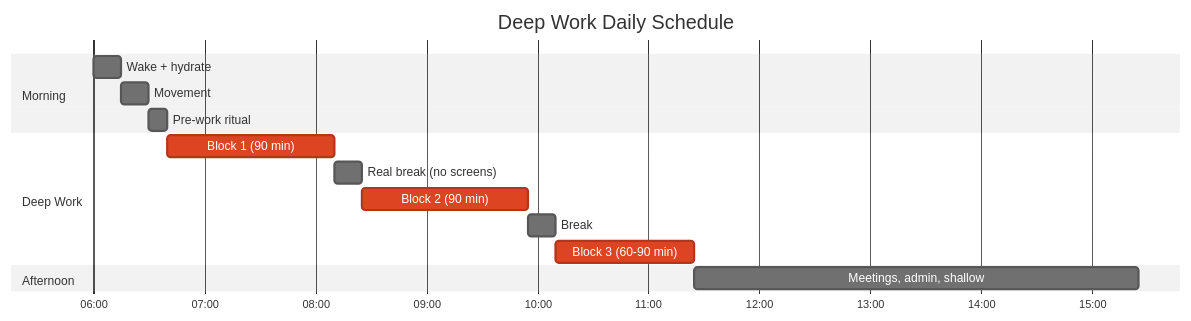
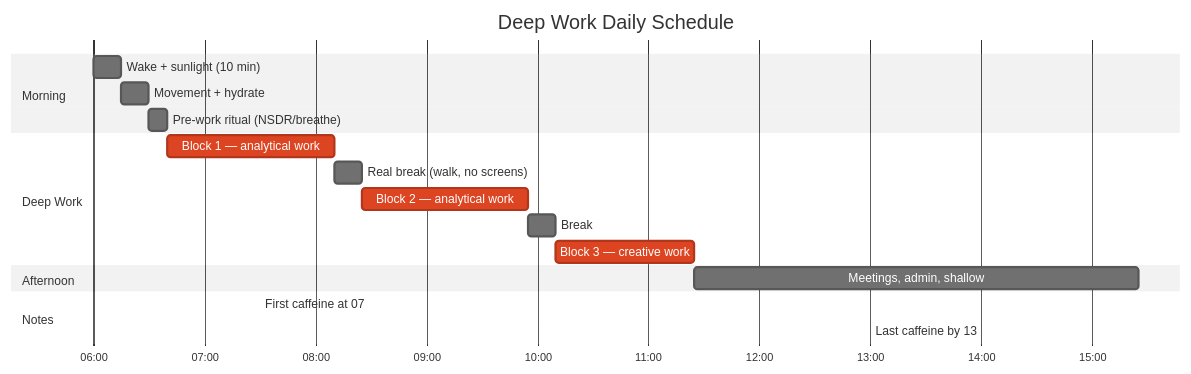
The tenth of 10 diagrams in focus/flow-state-protocol.md (Cyvid7-Darus10/peak-self), drawn with Mermaid (neutral theme) before and after one commit. The commit also changed other lines of this file and 4 other files, not shown here.

````diff
--- a/focus/flow-state-protocol.md
+++ b/focus/flow-state-protocol.md
@@ -151,18 +286,21 @@
 ```mermaid
 gantt
     title Deep Work Daily Schedule
     dateFormat HH:mm
     axisFormat %H:%M
     section Morning
-        Wake + hydrate           :06:00, 15m
-        Movement                 :06:15, 15m
-        Pre-work ritual          :06:30, 10m
+        Wake + sunlight (10 min)      :06:00, 15m
+        Movement + hydrate             :06:15, 15m
+        Pre-work ritual (NSDR/breathe) :06:30, 10m
     section Deep Work
-        Block 1 (90 min)         :crit, 06:40, 90m
-        Real break (no screens)  :08:10, 15m
-        Block 2 (90 min)         :crit, 08:25, 90m
-        Break                    :09:55, 15m
-        Block 3 (60-90 min)      :crit, 10:10, 75m
+        Block 1 — analytical work     :crit, 06:40, 90m
+        Real break (walk, no screens)  :08:10, 15m
+        Block 2 — analytical work     :crit, 08:25, 90m
+        Break                          :09:55, 15m
+        Block 3 — creative work       :crit, 10:10, 75m
     section Afternoon
-        Meetings, admin, shallow :11:25, 240m
+        Meetings, admin, shallow       :11:25, 240m
+    section Notes
+        First caffeine at 07:30        :milestone, 07:30, 0m
+        Last caffeine by 13:00         :milestone, 13:00, 0m
 ```
````
